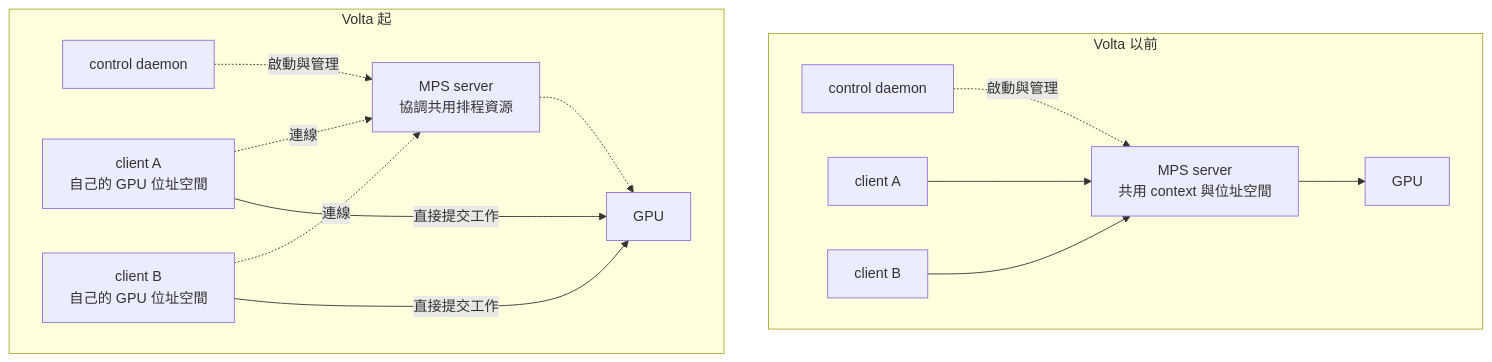
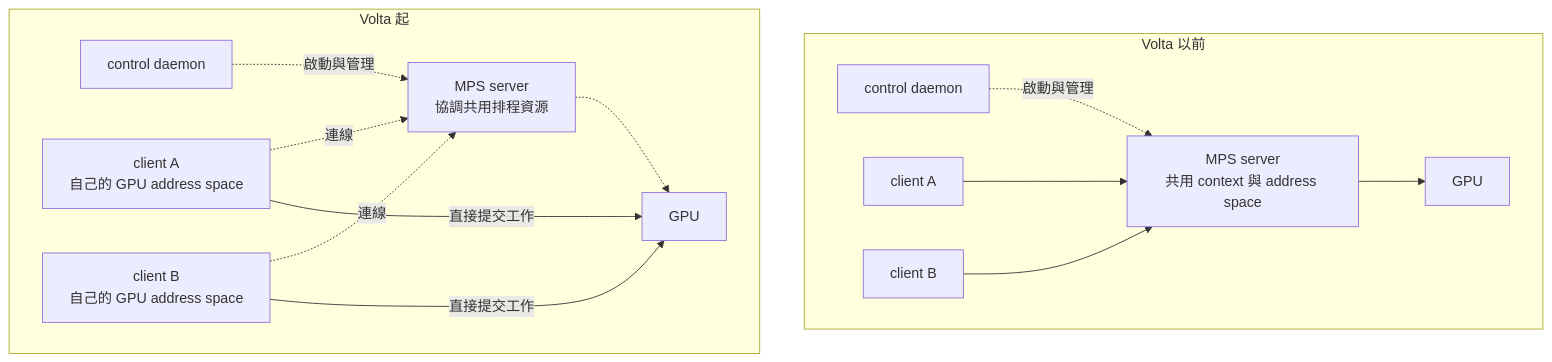
One commit to Daniel77871/dra-gpu-sharing-in-practice changed the third of 4 diagrams in book/04-isolation/mps.md. Above: the diagram before and after it, drawn with Mermaid. The commit also changed other lines of this file and 80 other files, not shown here.

````diff
--- a/book/04-isolation/mps.md
+++ b/book/04-isolation/mps.md
@@ -61,17 +61,17 @@
 ```mermaid
 flowchart TB
   subgraph P["Volta 以前"]
-    PD["control daemon"] -.->|"啟動與管理"| PS["MPS server<br/>共用 context 與位址空間"]
+    PD["control daemon"] -.->|"啟動與管理"| PS["MPS server<br/>共用 context 與 address space"]
     PA["client A"] --> PS
     PB["client B"] --> PS
     PS --> PG["GPU"]
   end
   subgraph V["Volta 起"]
     VD["control daemon"] -.->|"啟動與管理"| VS["MPS server<br/>協調共用排程資源"]
-    VA["client A<br/>自己的 GPU 位址空間"] -.->|"連線"| VS
-    VB["client B<br/>自己的 GPU 位址空間"] -.->|"連線"| VS
+    VA["client A<br/>自己的 GPU address space"] -.->|"連線"| VS
+    VB["client B<br/>自己的 GPU address space"] -.->|"連線"| VS
     VA -->|"直接提交工作"| VG["GPU"]
     VB -->|"直接提交工作"| VG
     VS -.-> VG
   end
 ```
````
